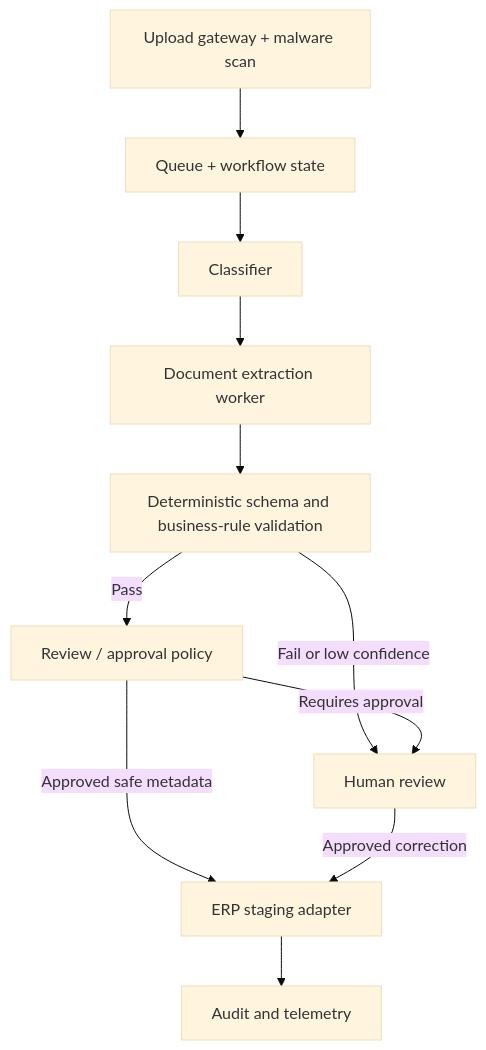
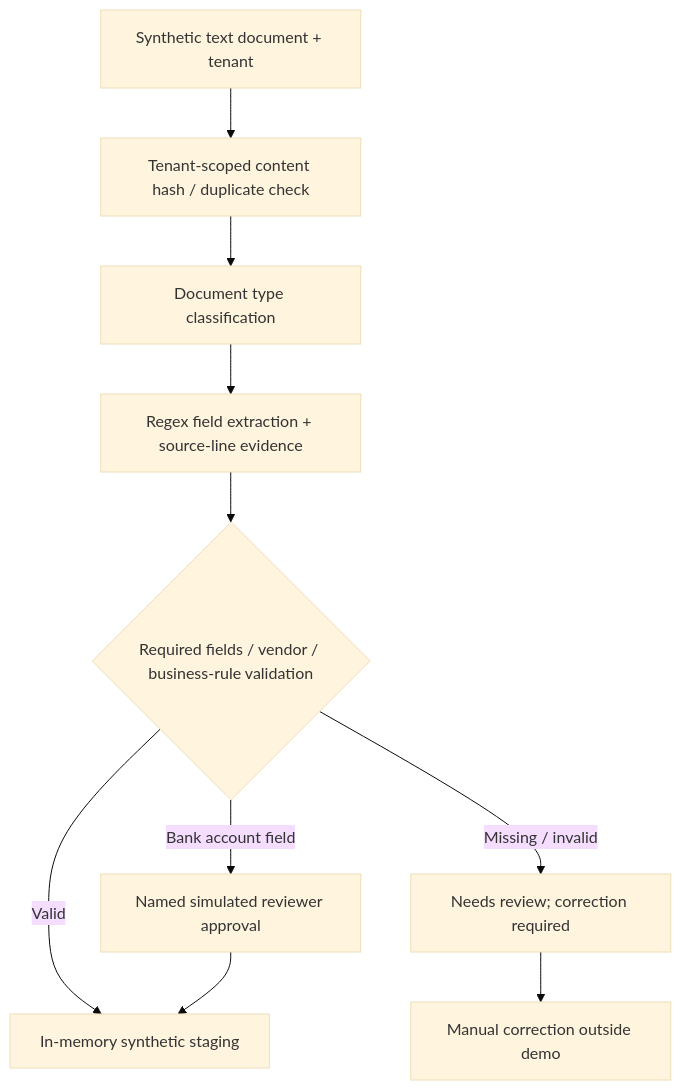
Before and after one commit to n-neykov/agentic-ai-architecture-portfolio: the diagram in 02-document-processing/README.md, drawn with Mermaid (base theme). The commit also changed other lines of this file and 40 other files, not shown here.

First line of the commit message:
Complete three-project enterprise agent architecture portfolio

````diff
--- a/02-document-processing/README.md
+++ b/02-document-processing/README.md
@@ -16,13 +11,12 @@
 ```mermaid
 flowchart TD
-    I[Upload gateway + malware scan] --> Q[Queue + workflow state]
-    Q --> C[Classifier]
-    C --> X[Document extraction worker]
-    X --> V[Deterministic schema and business-rule validation]
-    V -->|Pass| R[Review / approval policy]
-    V -->|Fail or low confidence| H[Human review]
-    R -->|Requires approval| H
-    R -->|Approved safe metadata| E[ERP staging adapter]
-    H -->|Approved correction| E
-    E --> A[Audit and telemetry]
+  I["Synthetic text document + tenant"] --> H["Tenant-scoped content hash / duplicate check"]
+  H --> C["Document type classification"]
+  C --> X["Regex field extraction + source-line evidence"]
+  X --> V{"Required fields / vendor / business-rule validation"}
+  V -->|"Valid"| S["In-memory synthetic staging"]
+  V -->|"Missing / invalid"| R["Needs review; correction required"]
+  V -->|"Bank account field"| A["Named simulated reviewer approval"]
+  A --> S
+  R --> M["Manual correction outside demo"]
 ```
````
